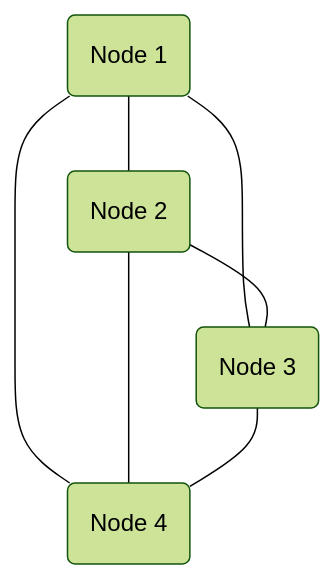
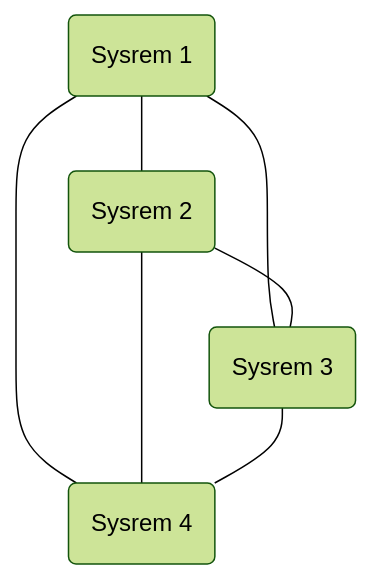
The third of 3 diagrams in Topologies.md (aswath0001/Internet-Networking), drawn with Mermaid (forest theme) before and after one commit.

````diff
--- a/Topologies.md
+++ b/Topologies.md
@@ -46,12 +46,12 @@
 ```mermaid
 graph TD
    
-        N1(Node 1) --- N2(Node 2)
-        N1 --- N3(Node 3)
-        N1 --- N4(Node 4)
+        N1(Sysrem 1) --- N2(Sysrem 2)
+        N1 --- N3(Sysrem 3)
+        N1 --- N4(Sysrem 4)
         
         N2 --- N3
         N2 --- N4
         N3 --- N4
     
 ```
````
